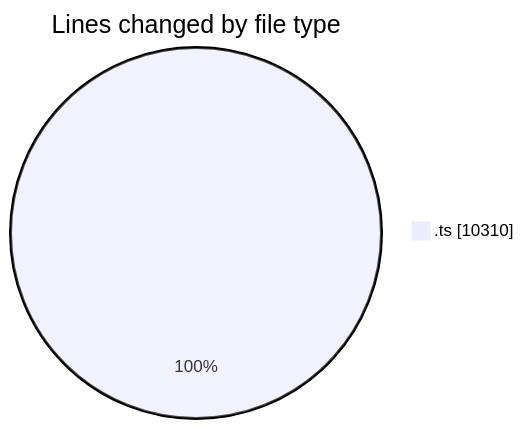
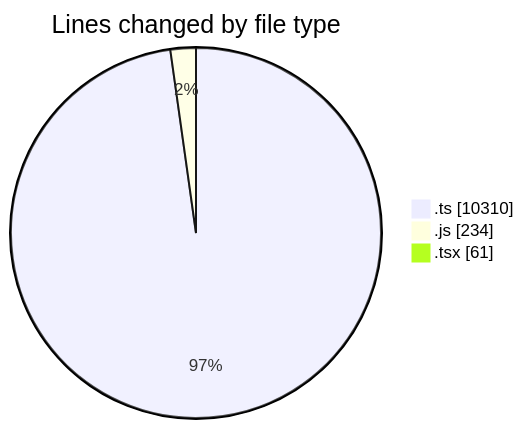
The first of 2 diagrams in 2025-11-12/cda/README.md (momahboobian/code-tracking), drawn with Mermaid before and after one commit. The commit also changed other lines of this file and 1 other file, not shown here.

````diff
--- a/2025-11-12/cda/README.md
+++ b/2025-11-12/cda/README.md
@@ -26,5 +28,7 @@
 ```mermaid
 pie showData
 title Lines changed by file type
 ".ts" : 10310
+".js" : 234
+".tsx" : 61
 ```
````
